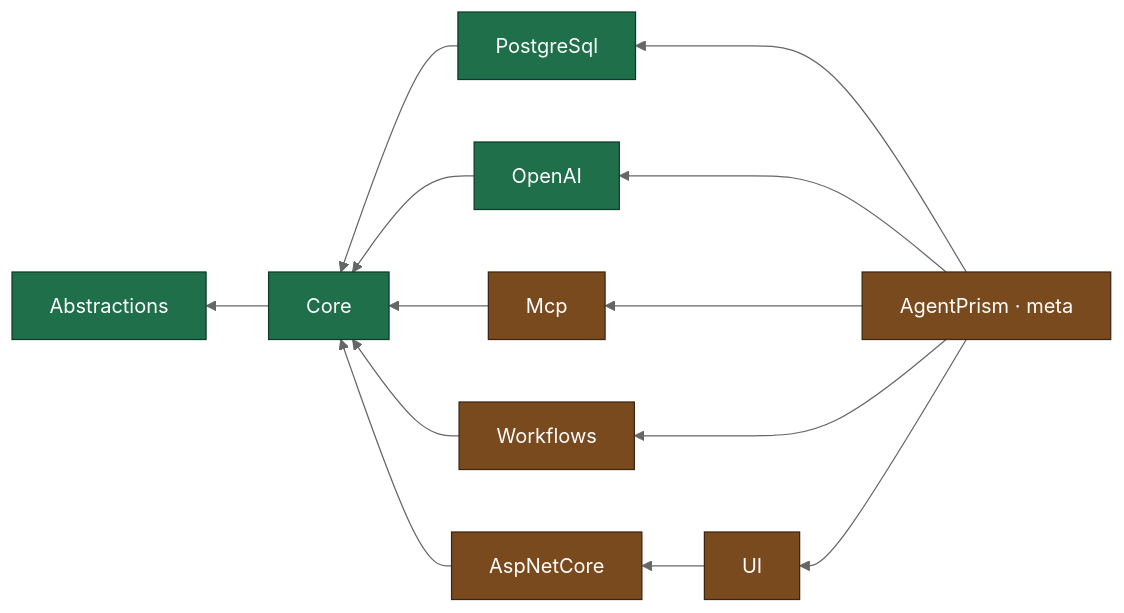
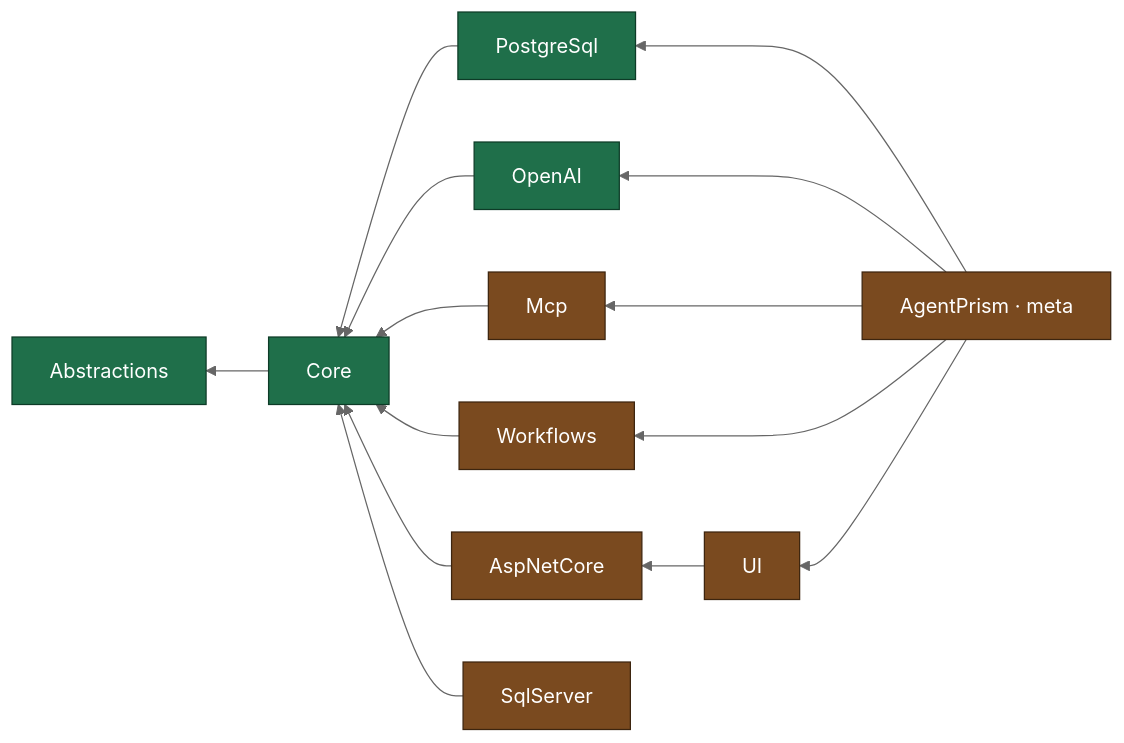
The second of 11 diagrams in docs/MIMARI.md (farukatasoy/Tracon), drawn with Mermaid (neutral theme) before and after one commit. The commit also changed other lines of this file and 139 other files, not shown here.

````diff
--- a/docs/MIMARI.md
+++ b/docs/MIMARI.md
@@ -119,20 +102,21 @@
 ```mermaid
 flowchart RL
     PostgreSql --> Core
     OpenAI --> Core
     Mcp --> Core
     Workflows --> Core
     AspNetCore --> Core
     UI --> AspNetCore
     Core --> Abstractions
+    SqlServer --> Core
     Meta["AgentPrism · meta"] --> UI
     Meta --> PostgreSql
     Meta --> OpenAI
     Meta --> Mcp
     Meta --> Workflows
 
     classDef aot fill:#1f6f4a,stroke:#0d3b27,color:#ffffff
     classDef notaot fill:#7a4a1f,stroke:#3d250f,color:#ffffff
     class Abstractions,Core,PostgreSql,OpenAI aot
-    class AspNetCore,UI,Mcp,Workflows,Meta notaot
+    class AspNetCore,UI,Mcp,Workflows,Meta,SqlServer notaot
 ```
````
